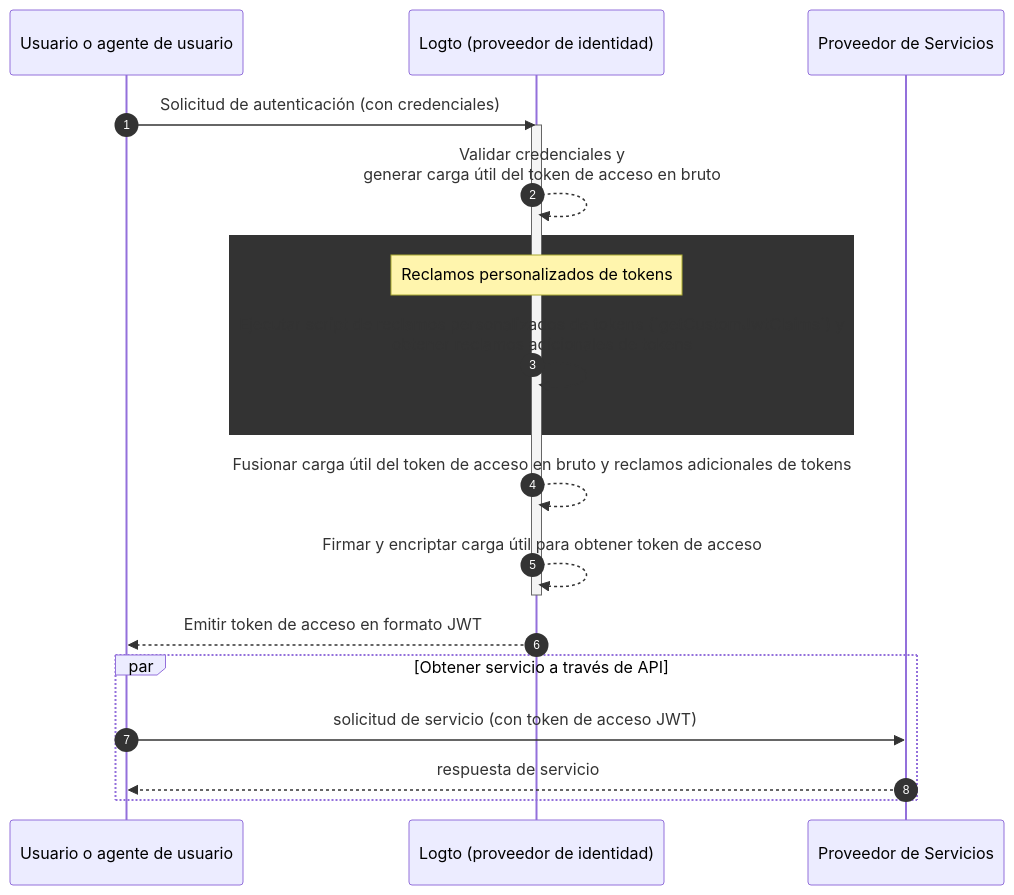
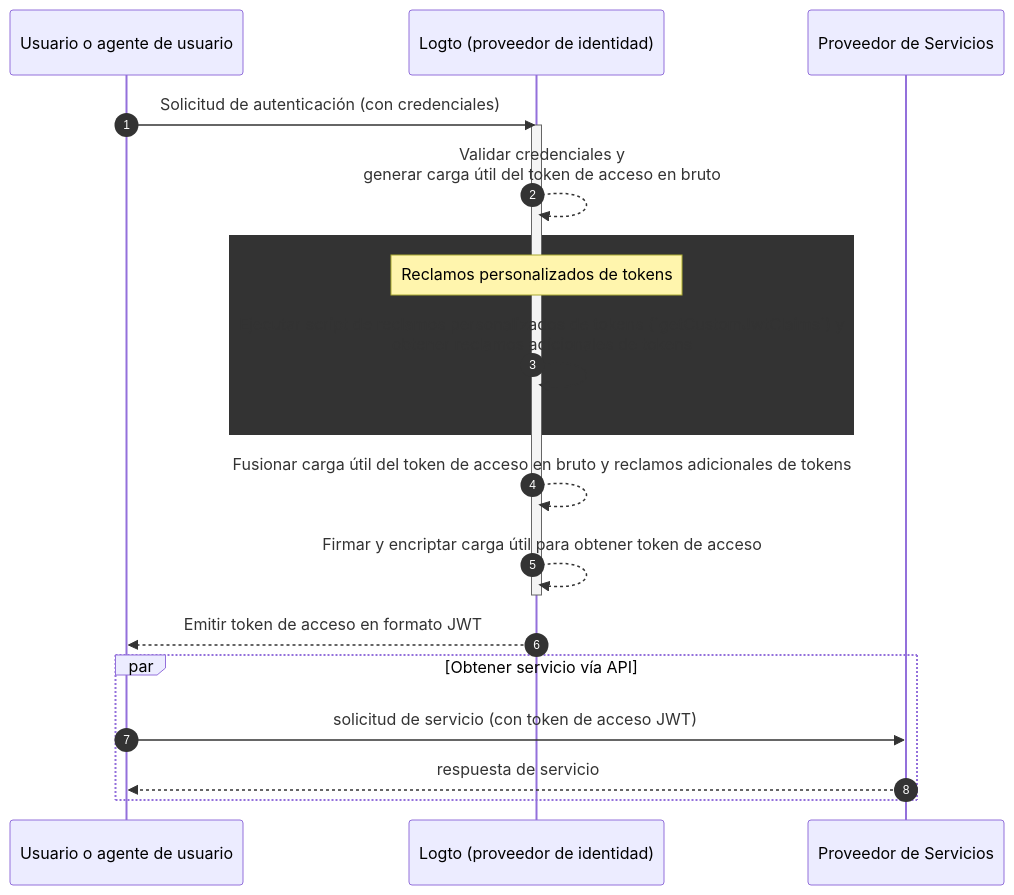
One commit to logto-io/docs changed the diagram in i18n/es/docusaurus-plugin-content-docs/current/developers/custom-token-claims/README.mdx. Above: the diagram before and after it, drawn with Mermaid. The commit also changed other lines of this file and 428 other files, not shown here.

````diff
--- a/i18n/es/docusaurus-plugin-content-docs/current/developers/custom-token-claims/README.mdx
+++ b/i18n/es/docusaurus-plugin-content-docs/current/developers/custom-token-claims/README.mdx
@@ -24,23 +24,23 @@
 ```mermaid
 sequenceDiagram
   participant U as Usuario o agente de usuario
   participant IdP as Logto (proveedor de identidad)
   participant SP as Proveedor de Servicios
 
   autonumber
   U ->> IdP: Solicitud de autenticación (con credenciales)
   activate IdP
   IdP-->>IdP: Validar credenciales y<br/>generar carga útil del token de acceso en bruto
   rect var(--mermaid-rect-fill)
   note over IdP: Reclamos personalizados de tokens
   IdP->>IdP: Ejecutar script de reclamos personalizados de tokens (`getCustomJwtClaims`) y<br/>obtener reclamos adicionales de tokens
   end
   IdP-->>IdP: Fusionar carga útil del token de acceso en bruto y reclamos adicionales de tokens
   IdP-->>IdP: Firmar y encriptar carga útil para obtener token de acceso
   deactivate IdP
   IdP-->>U: Emitir token de acceso en formato JWT
-  par Obtener servicio a través de API
+  par Obtener servicio vía API
   U->>SP: solicitud de servicio (con token de acceso JWT)
   SP-->>U: respuesta de servicio
   end
 ```
````
